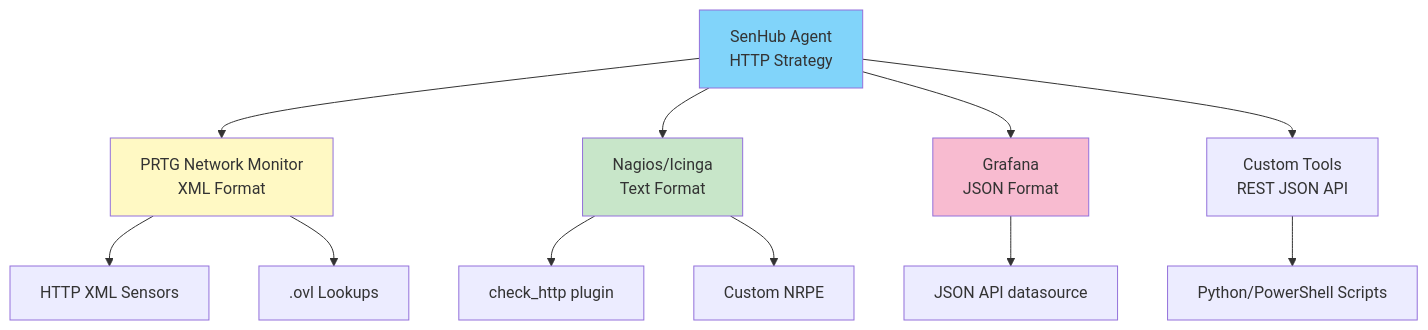
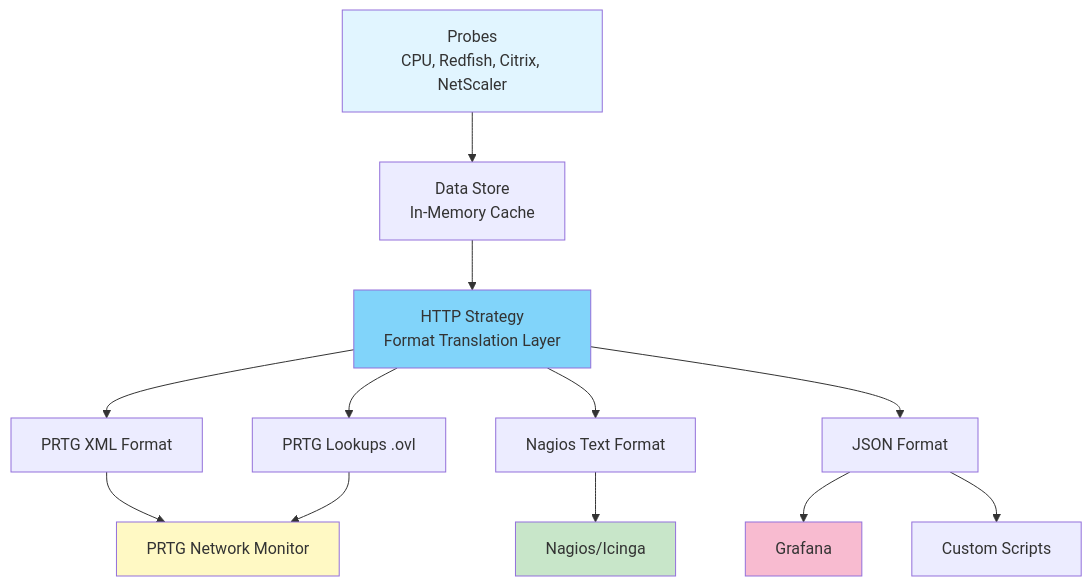
The first of 7 diagrams in docs/user-guide/METRICS-USAGE.md (senhub-io/senhub-agent), drawn with Mermaid before and after one commit. The commit also changed other lines of this file and 7 other files, not shown here.

````diff
--- a/docs/user-guide/METRICS-USAGE.md
+++ b/docs/user-guide/METRICS-USAGE.md
@@ -20,19 +26,22 @@
 ```mermaid
 graph TD
-    AGENT[SenHub Agent<br/>HTTP Strategy] --> PRTG[PRTG Network Monitor<br/>XML Format]
-    AGENT --> NAGIOS[Nagios/Icinga<br/>Text Format]
-    AGENT --> GRAFANA[Grafana<br/>JSON Format]
-    AGENT --> CUSTOM[Custom Tools<br/>REST JSON API]
+    PROBES[Probes<br/>CPU, Redfish, Citrix, NetScaler] --> DATASTORE[Data Store<br/>In-Memory Cache]
+    DATASTORE --> HTTP[HTTP Strategy<br/>Format Translation Layer]
 
-    PRTG --> P1[HTTP XML Sensors]
-    PRTG --> P2[.ovl Lookups]
-    NAGIOS --> N1[check_http plugin]
-    NAGIOS --> N2[Custom NRPE]
-    GRAFANA --> G1[JSON API datasource]
-    CUSTOM --> C1[Python/PowerShell Scripts]
+    HTTP --> PRTG_FMT[PRTG XML Format]
+    HTTP --> NAGIOS_FMT[Nagios Text Format]
+    HTTP --> JSON_FMT[JSON Format]
+    HTTP --> LOOKUPS[PRTG Lookups .ovl]
 
-    style AGENT fill:#81d4fa
+    PRTG_FMT --> PRTG[PRTG Network Monitor]
+    NAGIOS_FMT --> NAGIOS[Nagios/Icinga]
+    JSON_FMT --> GRAFANA[Grafana]
+    JSON_FMT --> CUSTOM[Custom Scripts]
+    LOOKUPS --> PRTG
+
+    style PROBES fill:#e1f5ff
+    style HTTP fill:#81d4fa
     style PRTG fill:#fff9c4
     style NAGIOS fill:#c8e6c9
     style GRAFANA fill:#f8bbd0
 ```
````
